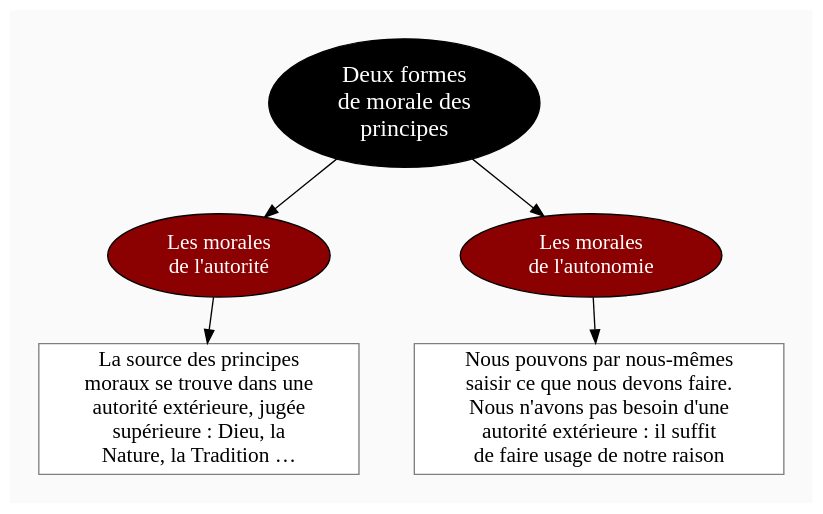
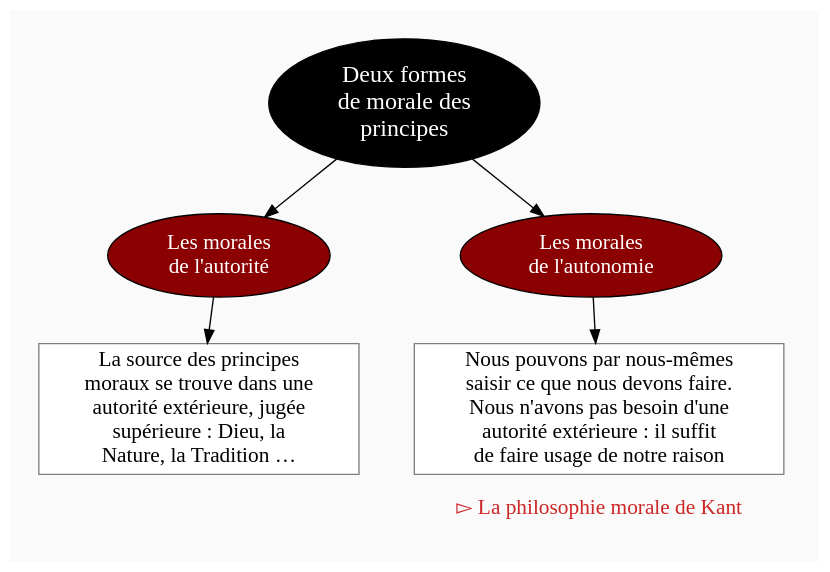
One commit to eyssette/graphviz-examples changed the diagram in diagram/deux-formes-de-morale-des-principes.dot. Above: the diagram before and after it, drawn with Graphviz. The commit also changed other lines of this file, not shown here.

```diff
--- a/diagram/deux-formes-de-morale-des-principes.dot
+++ b/diagram/deux-formes-de-morale-des-principes.dot
@@ -1,79 +1,81 @@
 digraph G {
 //rankdir=LR
 splines=true
 //splines=curved
 bgcolor=grey98
 pad=0.3
 style=filled
 edge[minlen=4]
 ranksep=0.1
 nodesep=0.2 // valeur à changer ?
 
 // NIVEAU 1
 node[style=filled; fillcolor=12 ; fontcolor=white ; fontsize=18]
 // a1[label=""]
 a1[label="Deux formes
 de morale des
 principes"]
 
 
 
 // NIVEAU 2
 node[style=filled;fillcolor=red4;fontcolor=white; fontsize=16]
 // b1[label=""]
 a1->{b1,b2}
 b1[label="Les morales
 de l'autorité"]
 b2[label="Les morales
 de l'autonomie"]
 
 {rank=same;b1->b2[style=invis;minlen=7]}
 
 // NIVEAU 3 (sans intermédiaire)
 node [shape=box; style=filled;fillcolor=white;fontcolor=black;color=grey50]
 // c1[label=""]
 b1->c1
 b2->c2
 c1[label="La source des principes
 moraux se trouve dans une
 autorité extérieure, jugée
 supérieure : Dieu, la
 Nature, la Tradition …"]
 c2[label="Nous pouvons par nous-mêmes
 saisir ce que nous devons faire.
 Nous n'avons pas besoin d'une
 autorité extérieure : il suffit
 de faire usage de notre raison"]
 
 {rank=same;c1->c2[style=invis;minlen=3]}
 
 // INTERMEDIAIRE AVANT NIVEAU 3
 node[style=filled;fillcolor=grey78;shape=oval]
 // [arrowhead=none]
 // bc1[label=""]
 
 // NIVEAU 3 (avec intermédiaire)
 node[style="filled";fillcolor=white;shape=box;color=grey50]
 // c1[label=""]
 
 // NIVEAU 4
 node[style="filled, rounded";fillcolor=white;shape=box;color=grey50]
 // d1[label=""]
 
 
 // ETIQUETTES EN ROUGE
 node[shape=plaintext;fontcolor=firebrick3;fillcolor=grey98]
 // e1[label=< <B>= Titre</B><BR /><BR />Contenu<BR /> >]
 // e1[label=""]
 // ->e1[minlen=1;style=invis]
 
+c2->e1[minlen=1;style=invis]
+e1[label="▻ La philosophie morale de Kant"]
 
 // Remarques
 node[color=blue;shape=box;style=filled;margin=0.07;fontcolor=black;fontsize=13]
 edge[color=blue;arrowhead="none";xlabel="";style=dashed]
 // r1[label=""]
 // {rank=same;->r1}
 // {rank=same;r1->[dir=back]}
 
 
 }
```
